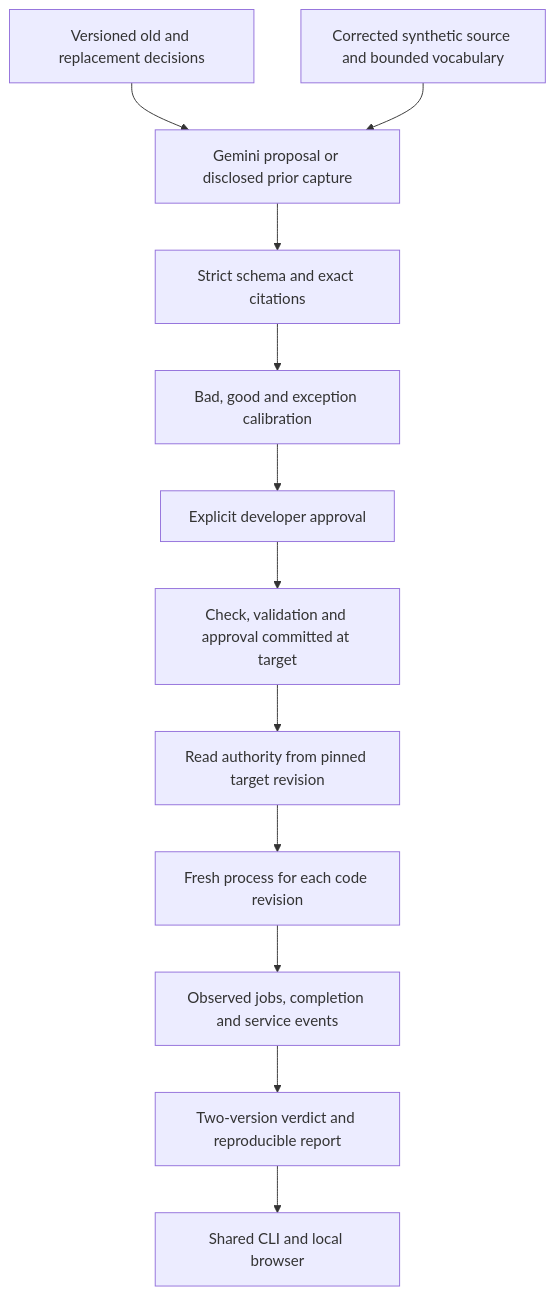
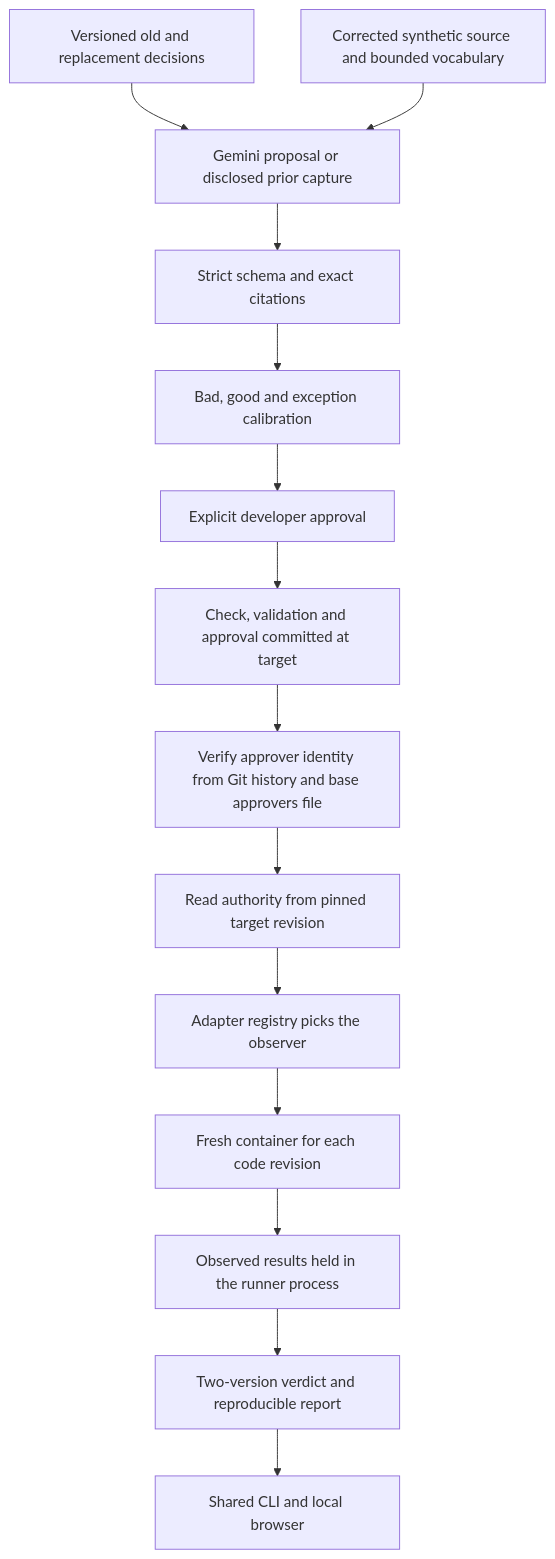
The diagram in docs/ARCHITECTURE.md (Yashjain329/Decision-Drift-Gate), drawn with Mermaid before and after one commit. The commit also changed other lines of this file and 10 other files, not shown here.

Commit message:
docs: threat model, security policy, changelog, upgrade note, real-repo README, architecture and dated addenda

````diff
--- a/docs/ARCHITECTURE.md
+++ b/docs/ARCHITECTURE.md
@@ -7,14 +7,16 @@
 ```mermaid
 flowchart TD
     D[Versioned old and replacement decisions] --> P[Gemini proposal or disclosed prior capture]
     S[Corrected synthetic source and bounded vocabulary] --> P
     P --> C[Strict schema and exact citations]
     C --> V[Bad, good and exception calibration]
     V --> A[Explicit developer approval]
     A --> B[Check, validation and approval committed at target]
-    B --> E[Read authority from pinned target revision]
-    E --> R[Fresh process for each code revision]
-    R --> O[Observed jobs, completion and service events]
+    B --> I[Verify approver identity from Git history and base approvers file]
+    I --> E[Read authority from pinned target revision]
+    E --> AD[Adapter registry picks the observer]
+    AD --> R[Fresh container for each code revision]
+    R --> O[Observed results held in the runner process]
     O --> F[Two-version verdict and reproducible report]
     F --> U[Shared CLI and local browser]
 ```
````
